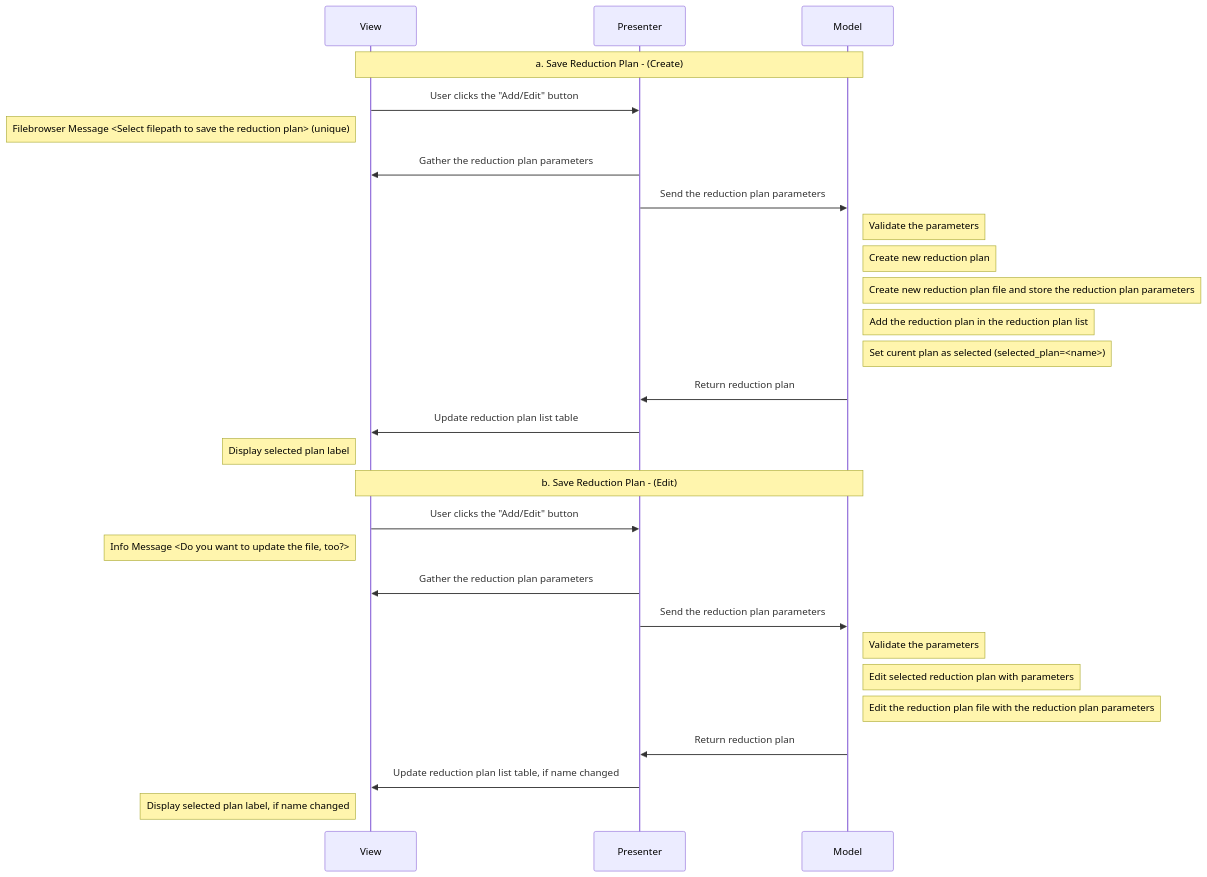
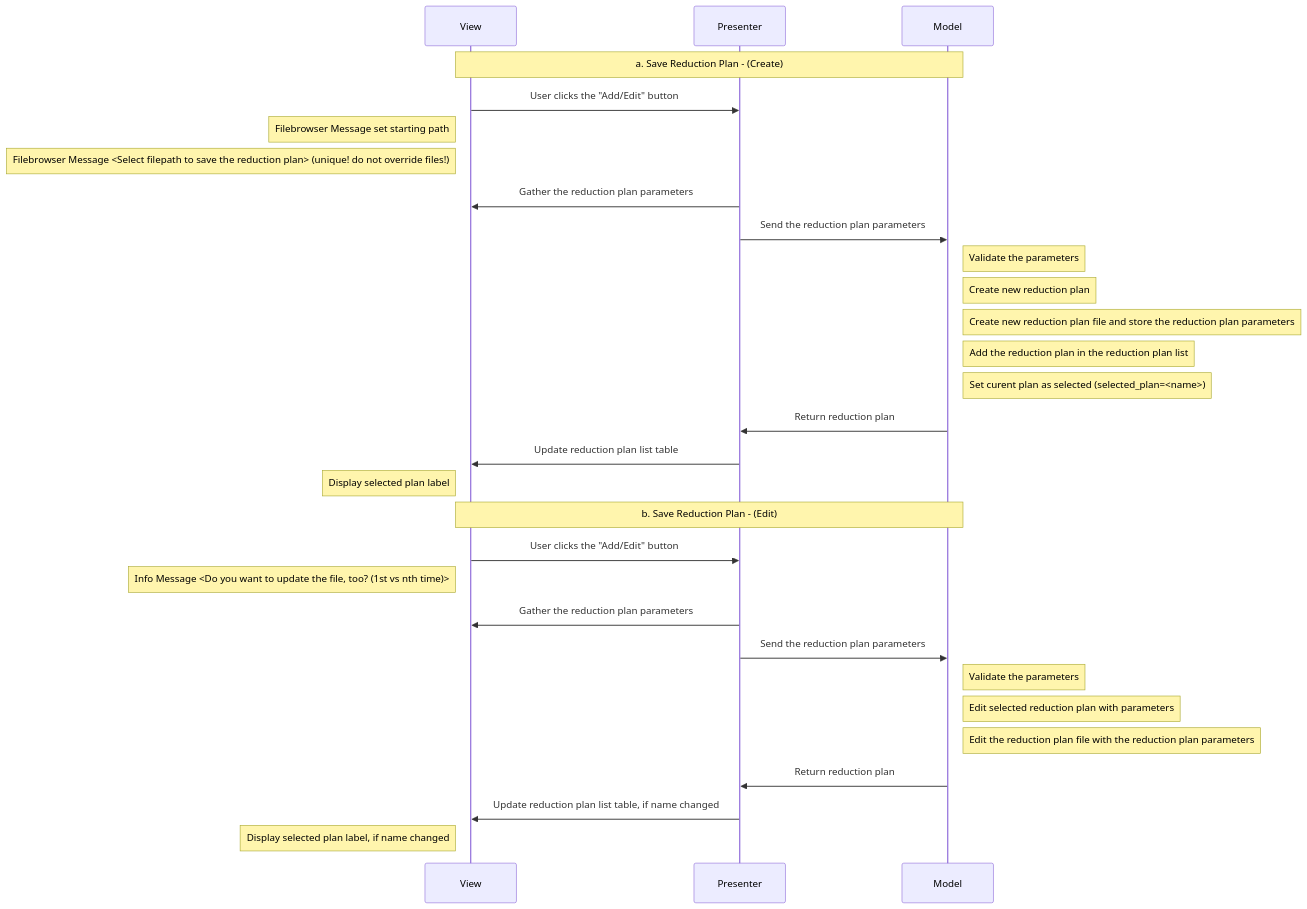
One commit to neutrons/garnet changed the fifth of 14 diagrams in docs/source/design/reduction_plan_mvp.rst. Above: the diagram before and after it, drawn with Mermaid. The commit also changed other lines of this file and 2 other files, not shown here.

```diff
--- a/docs/source/design/reduction_plan_mvp.rst
+++ b/docs/source/design/reduction_plan_mvp.rst
@@ -298,32 +309,33 @@
     .. mermaid::
 
         sequenceDiagram
             participant View
             participant Presenter
             participant Model
 
             Note over View,Model: a. Save Reduction Plan - (Create)
             View->>Presenter: User clicks the "Add/Edit" button
-            Note left of View: Filebrowser Message <Select filepath to save the reduction plan> (unique)
+            Note left of View: Filebrowser Message set starting path
+            Note left of View: Filebrowser Message <Select filepath to save the reduction plan> (unique! do not override files!)
             Presenter->>View: Gather the reduction plan parameters
             Presenter->>Model: Send the reduction plan parameters
             Note right of Model: Validate the parameters
             Note right of Model: Create new reduction plan
             Note right of Model: Create new reduction plan file and store the reduction plan parameters
             Note right of Model: Add the reduction plan in the reduction plan list
             Note right of Model: Set curent plan as selected (selected_plan=<name>)
             Model->>Presenter: Return reduction plan
             Presenter->>View: Update reduction plan list table
             Note left of View: Display selected plan label
 
             Note over View,Model: b. Save Reduction Plan - (Edit)
             View->>Presenter: User clicks the "Add/Edit" button
-            Note left of View: Info Message <Do you want to update the file, too?>
+            Note left of View: Info Message <Do you want to update the file, too? (1st vs nth time)>
             Presenter->>View: Gather the reduction plan parameters
             Presenter->>Model: Send the reduction plan parameters
             Note right of Model: Validate the parameters
             Note right of Model: Edit selected reduction plan with parameters
             Note right of Model: Edit the reduction plan file with the reduction plan parameters
             Model->>Presenter: Return reduction plan
             Presenter->>View: Update reduction plan list table, if name changed
             Note left of View: Display selected plan label, if name changed
```
